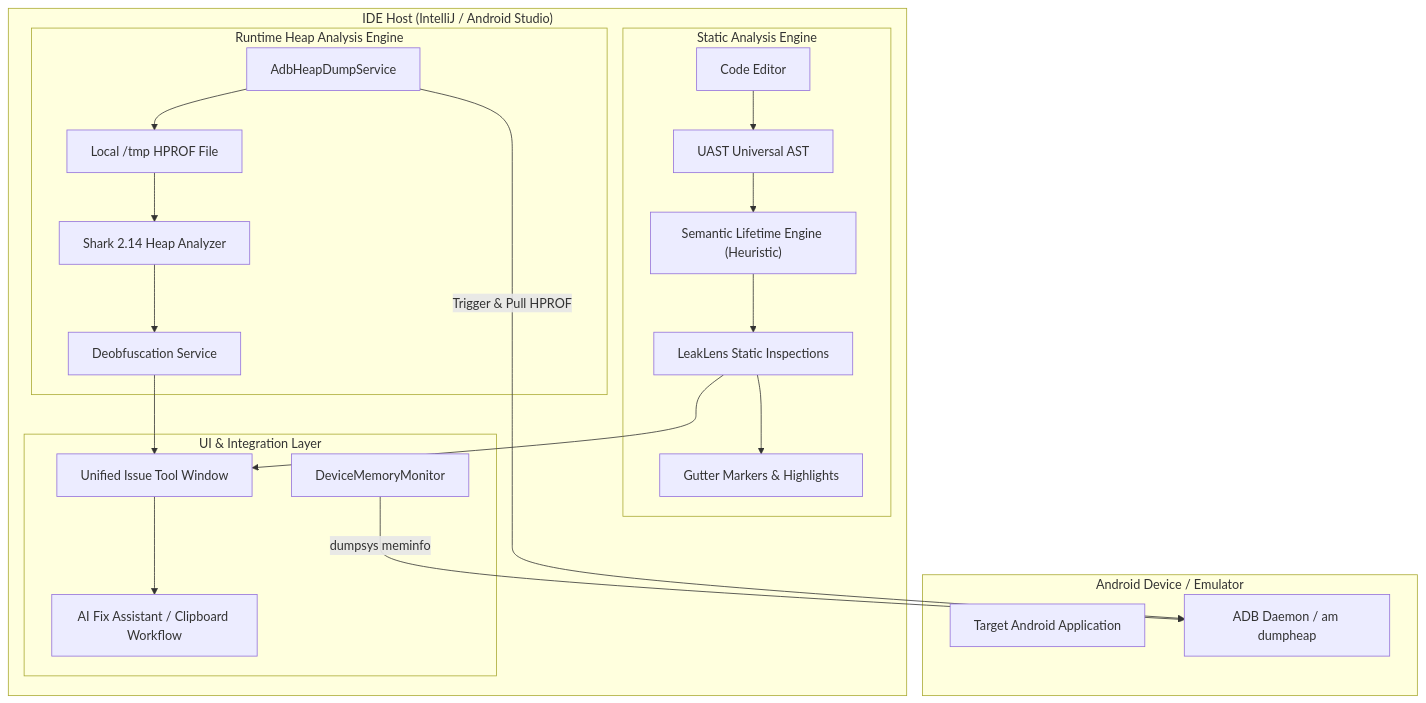
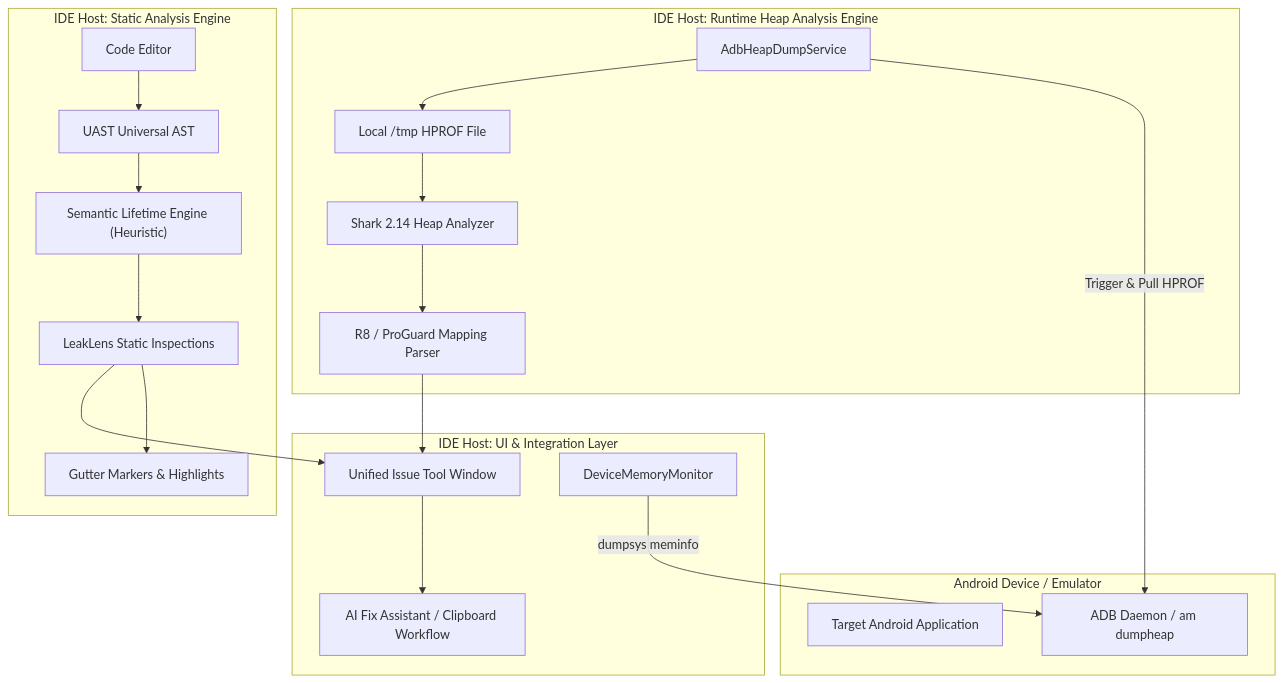
One commit to dev-vikas-soni/leak-lens changed the diagram in docs/ARCHITECTURE.md. Above: the diagram before and after it, drawn with Mermaid. The commit also changed other lines of this file, not shown here.

Commit message:
docs: clarify architecture diagram and host offloading model

````diff
--- a/docs/ARCHITECTURE.md
+++ b/docs/ARCHITECTURE.md
@@ -11,30 +11,28 @@
 ```mermaid
 graph TD
-    subgraph "Android Device / Emulator"
+    subgraph Device["Android Device / Emulator"]
         App["Target Android Application"]
         ADB_Daemon["ADB Daemon / am dumpheap"]
     end
 
-    subgraph "IDE Host (IntelliJ / Android Studio)"
-        subgraph "Static Analysis Engine"
-            Editor["Code Editor"] --> UAST["UAST Universal AST"]
-            UAST --> LifetimeEngine["Semantic Lifetime Engine (Heuristic)"]
-            LifetimeEngine --> StaticInspections["LeakLens Static Inspections"]
-            StaticInspections --> Gutter["Gutter Markers & Highlights"]
-        end
+    subgraph StaticEngine["IDE Host: Static Analysis Engine"]
+        Editor["Code Editor"] --> UAST["UAST Universal AST"]
+        UAST --> LifetimeEngine["Semantic Lifetime Engine (Heuristic)"]
+        LifetimeEngine --> StaticInspections["LeakLens Static Inspections"]
+        StaticInspections --> Gutter["Gutter Markers & Highlights"]
+    end
 
-        subgraph "Runtime Heap Analysis Engine"
-            AdbService["AdbHeapDumpService"] -->|Trigger & Pull HPROF| ADB_Daemon
-            AdbService --> TempHprof["Local /tmp HPROF File"]
-            TempHprof --> SharkService["Shark 2.14 Heap Analyzer"]
-            SharkService --> Deobfuscator["Deobfuscation Service"]
-        end
+    subgraph HeapEngine["IDE Host: Runtime Heap Analysis Engine"]
+        AdbService["AdbHeapDumpService"] -->|Trigger & Pull HPROF| ADB_Daemon
+        AdbService --> TempHprof["Local /tmp HPROF File"]
+        TempHprof --> SharkService["Shark 2.14 Heap Analyzer"]
+        SharkService --> Deobfuscator["R8 / ProGuard Mapping Parser"]
+    end
 
-        subgraph "UI & Integration Layer"
-            StaticInspections --> Dashboard["Unified Issue Tool Window"]
-            Deobfuscator --> Dashboard
-            Dashboard --> AI["AI Fix Assistant / Clipboard Workflow"]
-            Monitor["DeviceMemoryMonitor"] -->|dumpsys meminfo| ADB_Daemon
-        end
+    subgraph UI["IDE Host: UI & Integration Layer"]
+        StaticInspections --> Dashboard["Unified Issue Tool Window"]
+        Deobfuscator --> Dashboard
+        Dashboard --> AI["AI Fix Assistant / Clipboard Workflow"]
+        Monitor["DeviceMemoryMonitor"] -->|dumpsys meminfo| ADB_Daemon
     end
 ```
````
